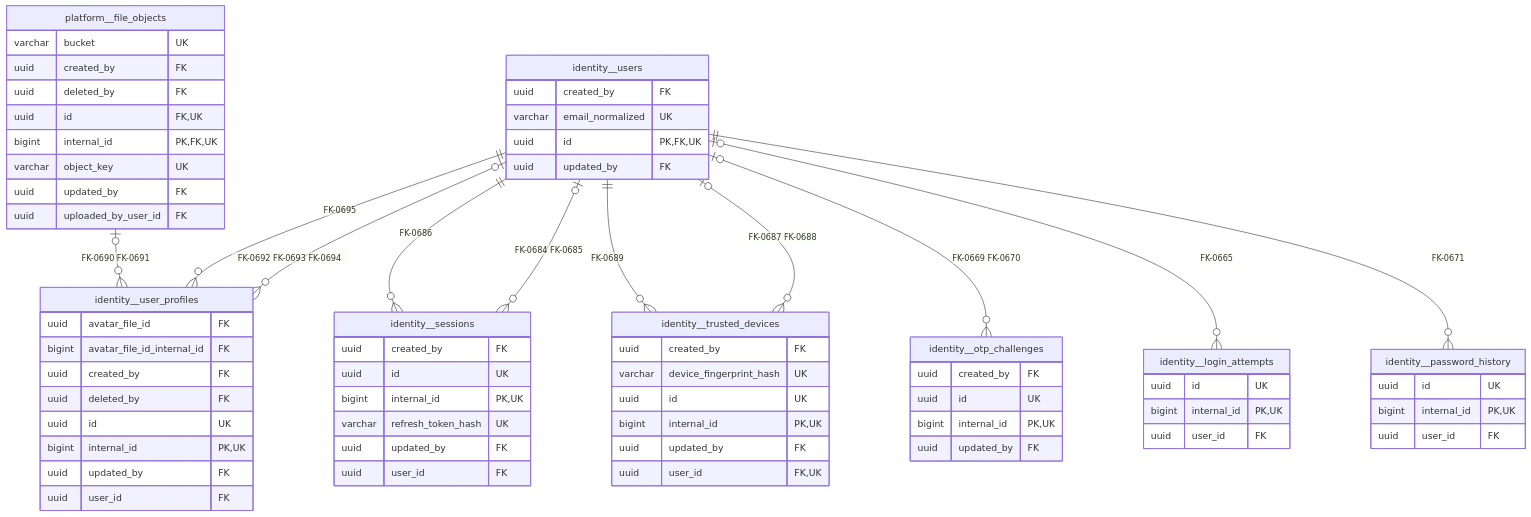
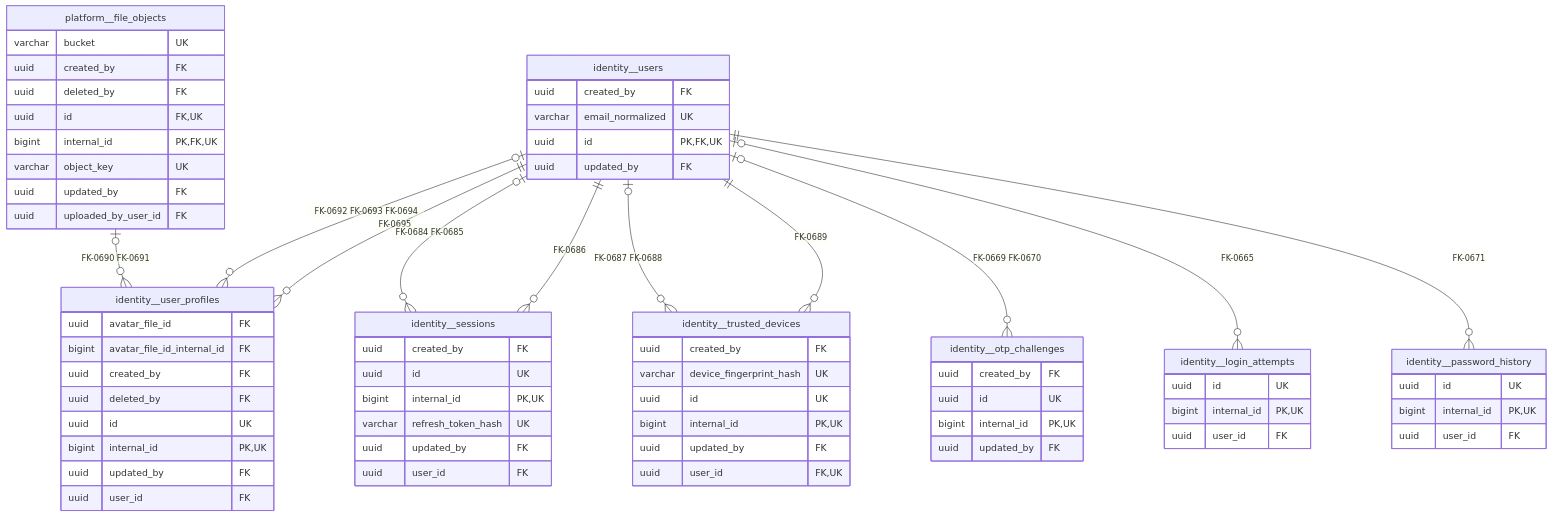
One commit to shiladityamajumder/pharmville-docs changed the second of 2 diagrams in 04-Database/ER-Diagrams/10-identity.md. Above: the diagram before and after it, drawn with Mermaid. The commit also changed other lines of this file and 661 other files, not shown here.

Commit message:
docs: consolidate validated PostgreSQL schema and reorganize Pharmville into a module-driven technical blueprint

````diff
--- a/04-Database/ER-Diagrams/10-identity.md
+++ b/04-Database/ER-Diagrams/10-identity.md
@@ -140,71 +140,71 @@
 ```mermaid
 erDiagram
     identity__login_attempts {
         uuid id UK
         bigint internal_id PK, UK
         uuid user_id FK
     }
     identity__otp_challenges {
         uuid created_by FK
         uuid id UK
         bigint internal_id PK, UK
         uuid updated_by FK
     }
     identity__password_history {
         uuid id UK
         bigint internal_id PK, UK
         uuid user_id FK
     }
     identity__sessions {
         uuid created_by FK
         uuid id UK
         bigint internal_id PK, UK
         varchar refresh_token_hash UK
         uuid updated_by FK
         uuid user_id FK
     }
     identity__trusted_devices {
         uuid created_by FK
         varchar device_fingerprint_hash UK
         uuid id UK
         bigint internal_id PK, UK
         uuid updated_by FK
         uuid user_id FK, UK
     }
     identity__user_profiles {
         uuid avatar_file_id FK
         bigint avatar_file_id_internal_id FK
         uuid created_by FK
         uuid deleted_by FK
         uuid id UK
         bigint internal_id PK, UK
         uuid updated_by FK
         uuid user_id FK
     }
     identity__users {
         uuid created_by FK
         varchar email_normalized UK
         uuid id PK, FK, UK
         uuid updated_by FK
     }
     platform__file_objects {
         varchar bucket UK
         uuid created_by FK
         uuid deleted_by FK
         uuid id FK, UK
         bigint internal_id PK, FK, UK
         varchar object_key UK
         uuid updated_by FK
         uuid uploaded_by_user_id FK
     }
+    platform__file_objects o|--o{ identity__user_profiles : "FK-0690 FK-0691"
+    identity__users o|--o{ identity__user_profiles : "FK-0692 FK-0693 FK-0694"
     identity__users ||--o{ identity__user_profiles : "FK-0695"
-    identity__users o|--o{ identity__user_profiles : "FK-0692 FK-0693 FK-0694"
-    platform__file_objects o|--o{ identity__user_profiles : "FK-0690 FK-0691"
+    identity__users o|--o{ identity__sessions : "FK-0684 FK-0685"
     identity__users ||--o{ identity__sessions : "FK-0686"
-    identity__users o|--o{ identity__sessions : "FK-0684 FK-0685"
+    identity__users o|--o{ identity__trusted_devices : "FK-0687 FK-0688"
     identity__users ||--o{ identity__trusted_devices : "FK-0689"
-    identity__users o|--o{ identity__trusted_devices : "FK-0687 FK-0688"
     identity__users o|--o{ identity__otp_challenges : "FK-0669 FK-0670"
     identity__users o|--o{ identity__login_attempts : "FK-0665"
     identity__users ||--o{ identity__password_history : "FK-0671"
 ```
````
